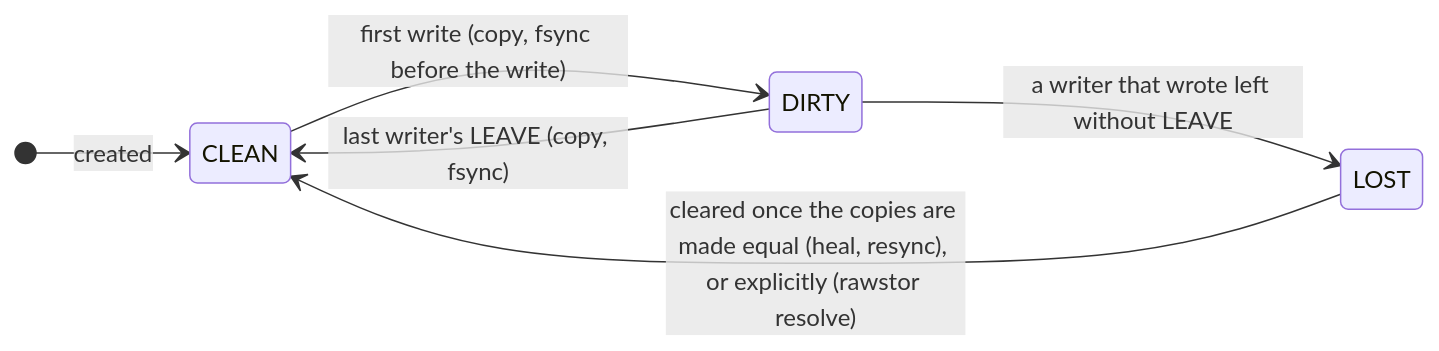
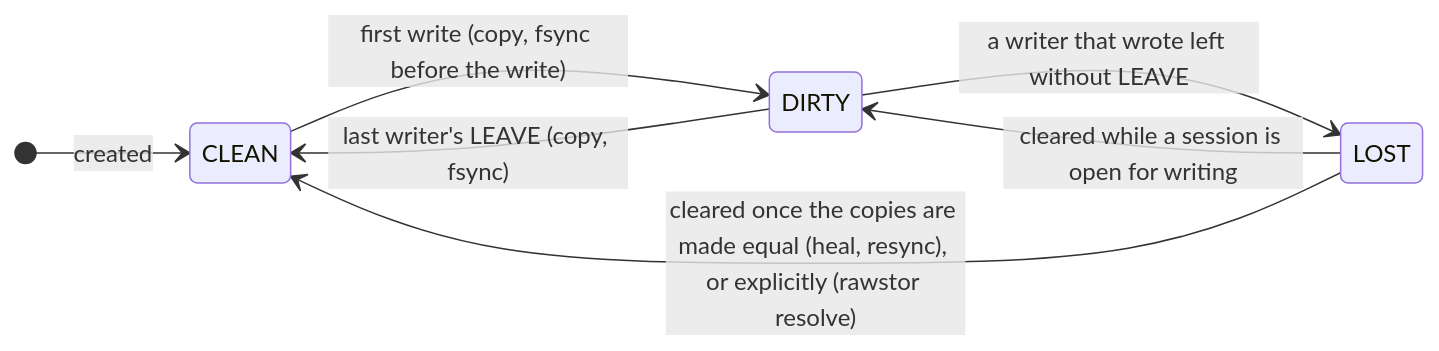
The first of 6 diagrams in docs/mirroring.md (rawstor/librawstor), drawn with Mermaid before and after one commit. The commit also changed other lines of this file and 11 other files, not shown here.

````diff
--- a/docs/mirroring.md
+++ b/docs/mirroring.md
@@ -78,9 +80,10 @@
 ```mermaid
 stateDiagram-v2
     direction LR
     [*] --> CLEAN : created
     CLEAN --> DIRTY : first write (copy, fsync before the write)
     DIRTY --> CLEAN : last writer's LEAVE (copy, fsync)
     DIRTY --> LOST : a writer that wrote left without LEAVE
     LOST --> CLEAN : cleared once the copies are made equal (heal, resync), or explicitly (rawstor resolve)
+    LOST --> DIRTY : cleared while a session is open for writing
 ```
````
